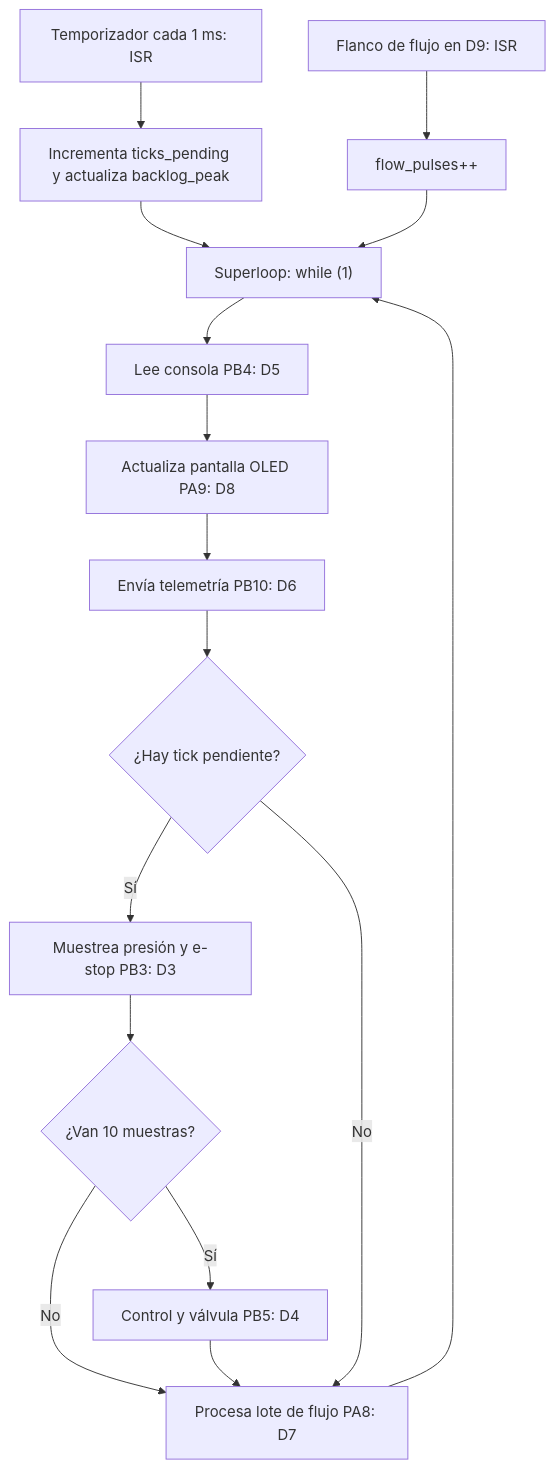
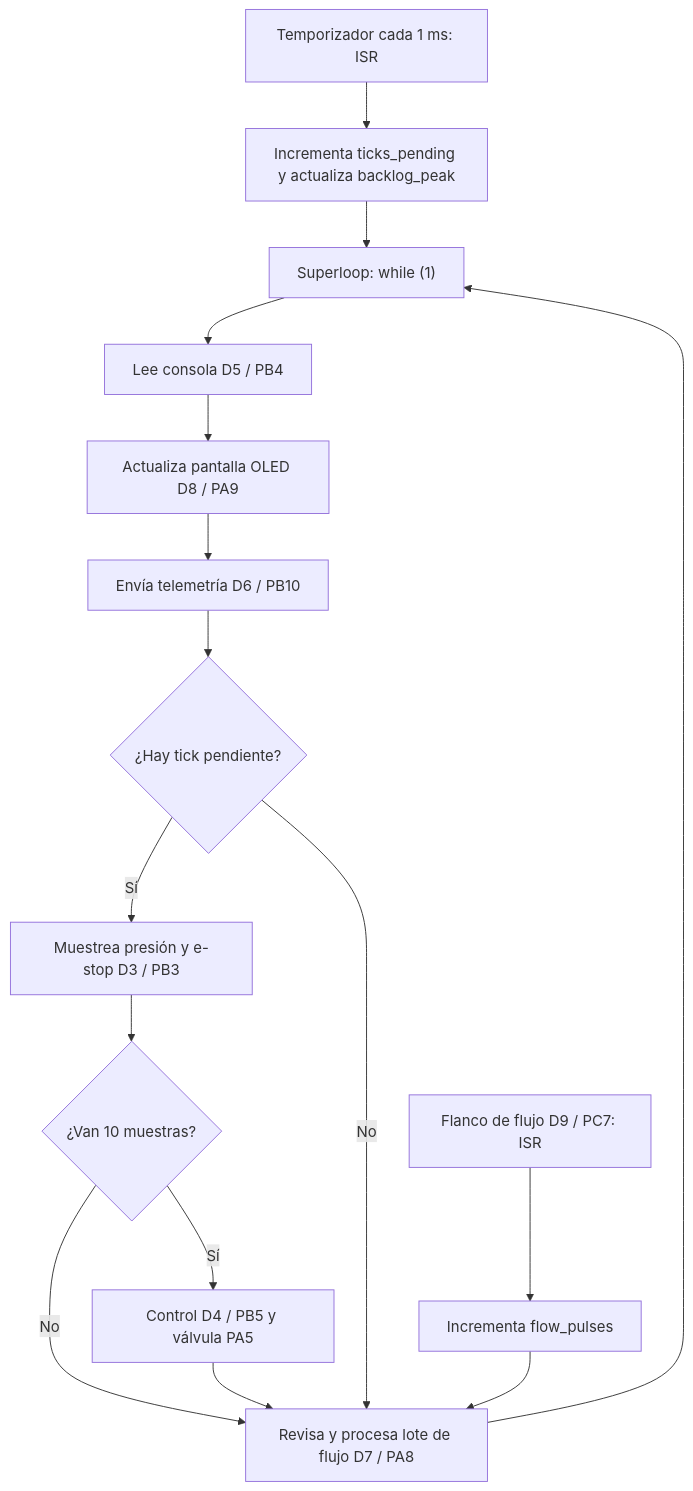
Before and after one commit to Mariana-zy/4101137-real-time-systems: the diagram in Reportes/Lab01.md, drawn with Mermaid.

Commit message:
Update flowchart in Lab01.md for clarity

````diff
--- a/Reportes/Lab01.md
+++ b/Reportes/Lab01.md
@@ -26,20 +26,22 @@
 ```mermaid
 flowchart TD
     T["Temporizador cada 1 ms: ISR"] --> P["Incrementa ticks_pending y actualiza backlog_peak"]
-    F["Flanco de flujo en D9: ISR"] --> Q["flow_pulses++"]
+    F["Flanco de flujo D9 / PC7: ISR"] --> Q["Incrementa flow_pulses"]
+
     P --> L["Superloop: while (1)"]
-    Q --> L
 
-    L --> C["Lee consola PB4: D5"]
-    C --> H["Actualiza pantalla OLED PA9: D8"]
-    H --> E["Envía telemetría PB10: D6"]
+    L --> C["Lee consola D5 / PB4"]
+    C --> H["Actualiza pantalla OLED D8 / PA9"]
+    H --> E["Envía telemetría D6 / PB10"]
     E --> D{"¿Hay tick pendiente?"}
 
-    D -- Sí --> S["Muestrea presión y e-stop PB3: D3"]
+    D -- Sí --> S["Muestrea presión y e-stop D3 / PB3"]
     S --> K{"¿Van 10 muestras?"}
-    K -- Sí --> R["Control y válvula PB5: D4"]
-    K -- No --> B["Procesa lote de flujo PA8: D7"]
+    K -- Sí --> R["Control D4 / PB5 y válvula PA5"]
+    K -- No --> B["Revisa y procesa lote de flujo D7 / PA8"]
     R --> B
     D -- No --> B
+
+    Q --> B
     B --> L
 ```
````
